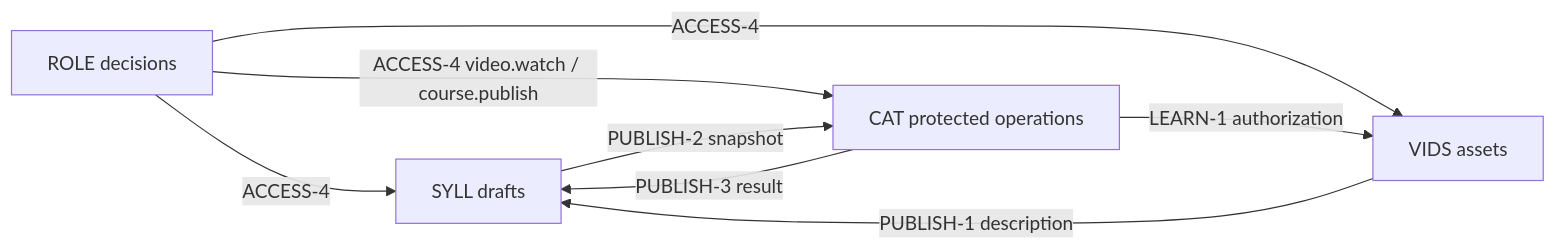
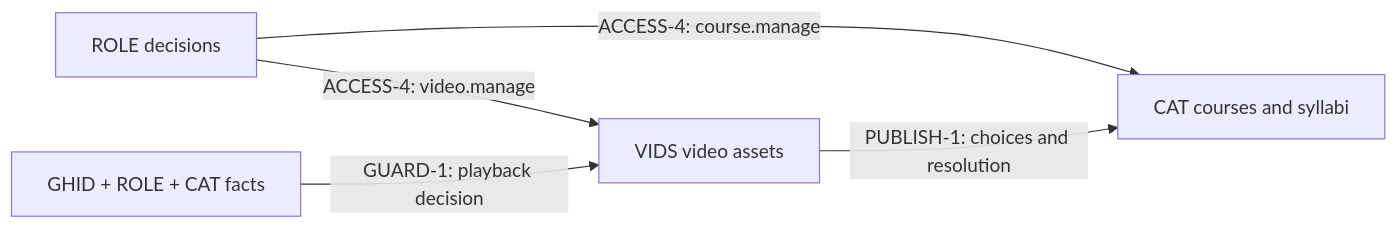
One commit to sublang-ai/spex changed the diagram in demo/specs/map.md. Above: the diagram before and after it, drawn with Mermaid. The commit also changed other lines of this file and 24 other files, not shown here.

````diff
--- a/demo/specs/map.md
+++ b/demo/specs/map.md
@@ -80,10 +83,7 @@
 ```mermaid
 flowchart LR
-    ROLE["ROLE decisions"] -- "ACCESS-4" --> SYLL["SYLL drafts"]
-    ROLE -- "ACCESS-4 video.watch / course.publish" --> CAT["CAT protected operations"]
-    ROLE -- "ACCESS-4" --> VIDS["VIDS assets"]
-    VIDS -- "PUBLISH-1 description" --> SYLL
-    SYLL -- "PUBLISH-2 snapshot" --> CAT
-    CAT -- "PUBLISH-3 result" --> SYLL
-    CAT -- "LEARN-1 authorization" --> VIDS
+    ROLE["ROLE decisions"] -- "ACCESS-4: course.manage" --> CAT["CAT courses and syllabi"]
+    ROLE -- "ACCESS-4: video.manage" --> VIDS["VIDS video assets"]
+    VIDS -- "PUBLISH-1: choices and resolution" --> CAT
+    POLICY["GHID + ROLE + CAT facts"] -- "GUARD-1: playback decision" --> VIDS
 ```
````
